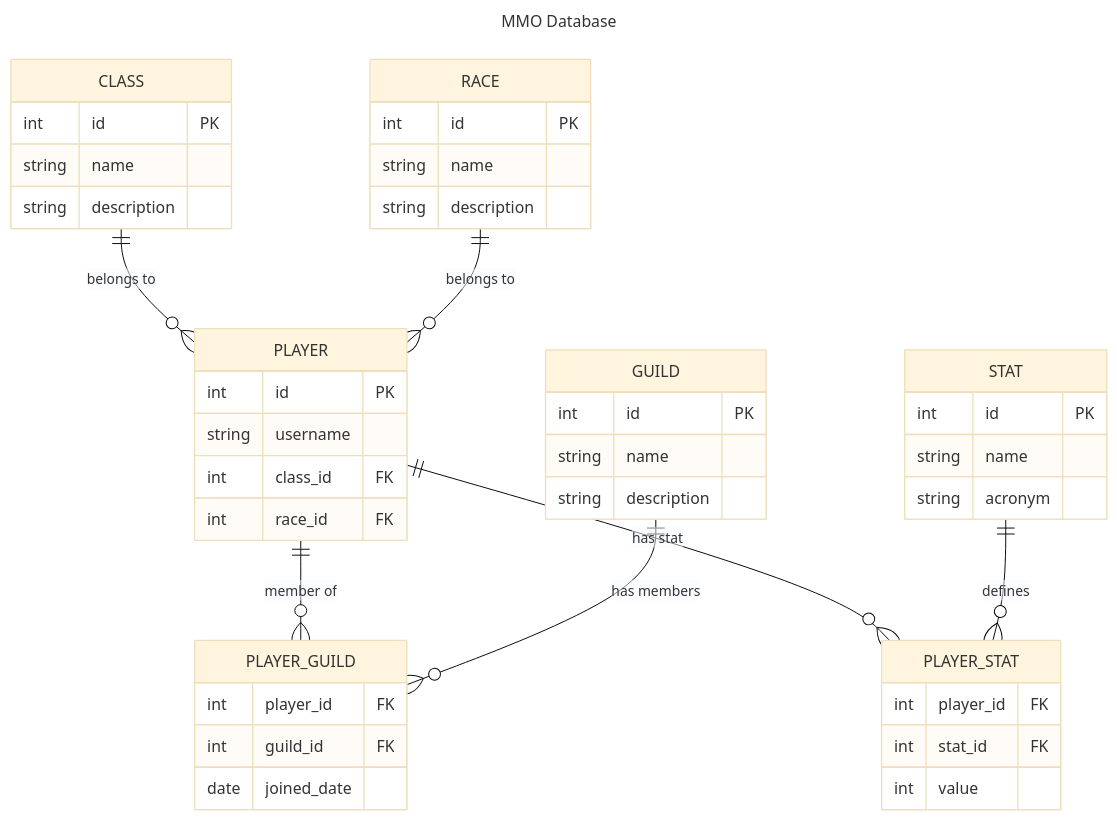
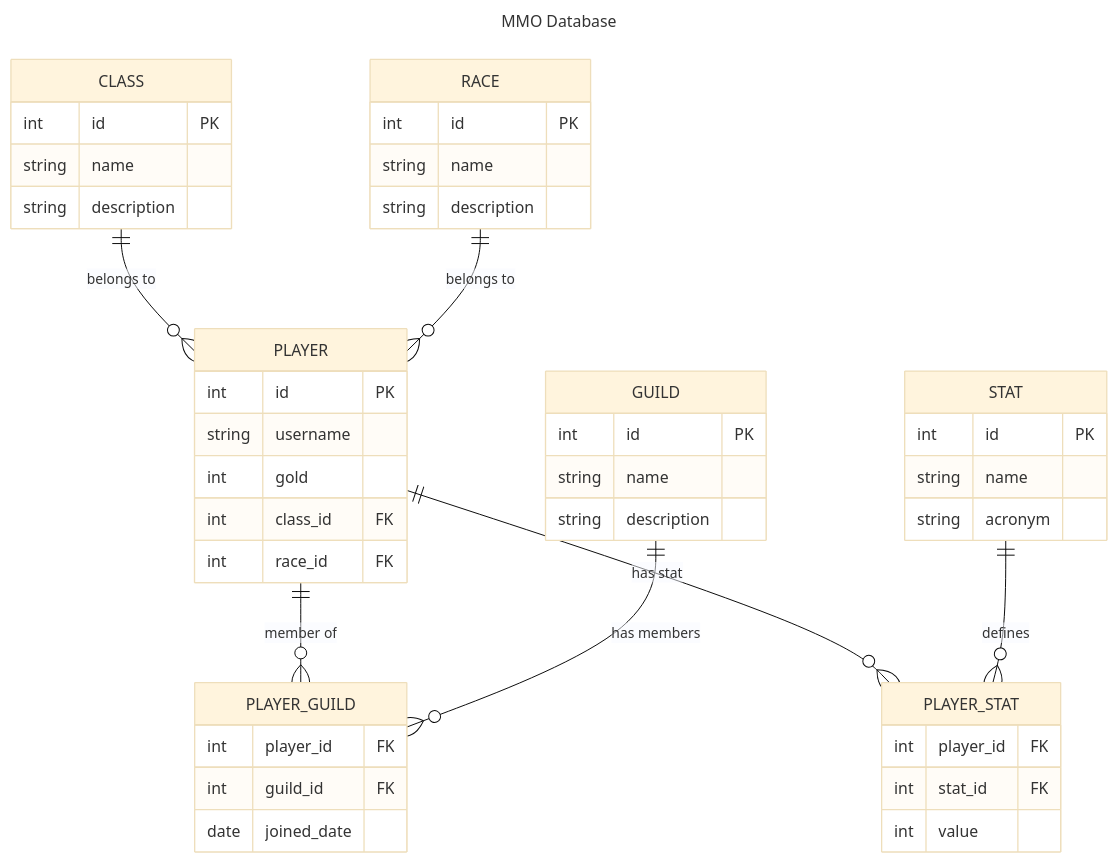
One commit to maik-hasler/vocational-training-resources changed the diagram in sql/README.md. Above: the diagram before and after it, drawn with Mermaid (base theme). The commit also changed 2 other files, not shown here.

Commit message:
add gold column for player

````diff
--- a/sql/README.md
+++ b/sql/README.md
@@ -45,55 +45,56 @@
 ```mermaid
 ---
 title: MMO Database
 ---
 erDiagram
     "CLASS" {
         int id PK
         string name
         string description
     }
 
     RACE {
         int id PK
         string name
         string description
     }
 
     PLAYER {
         int id PK
         string username
+        int gold
         int class_id FK
         int race_id FK
     }
 
     GUILD {
         int id PK
         string name
         string description
     }
 
     PLAYER_GUILD {
         int player_id FK
         int guild_id FK
         date joined_date
     }
 
     STAT {
         int id PK
         string name
         string acronym
     }
 
     PLAYER_STAT {
         int player_id FK
         int stat_id FK
         int value
     }
 
     "CLASS" ||--o{ PLAYER : "belongs to"
     RACE ||--o{ PLAYER : "belongs to"
     PLAYER ||--o{ PLAYER_GUILD : "member of"
     GUILD ||--o{ PLAYER_GUILD : "has members"
     PLAYER ||--o{ PLAYER_STAT : "has stat"
     STAT ||--o{ PLAYER_STAT : "defines"
 ```
````
